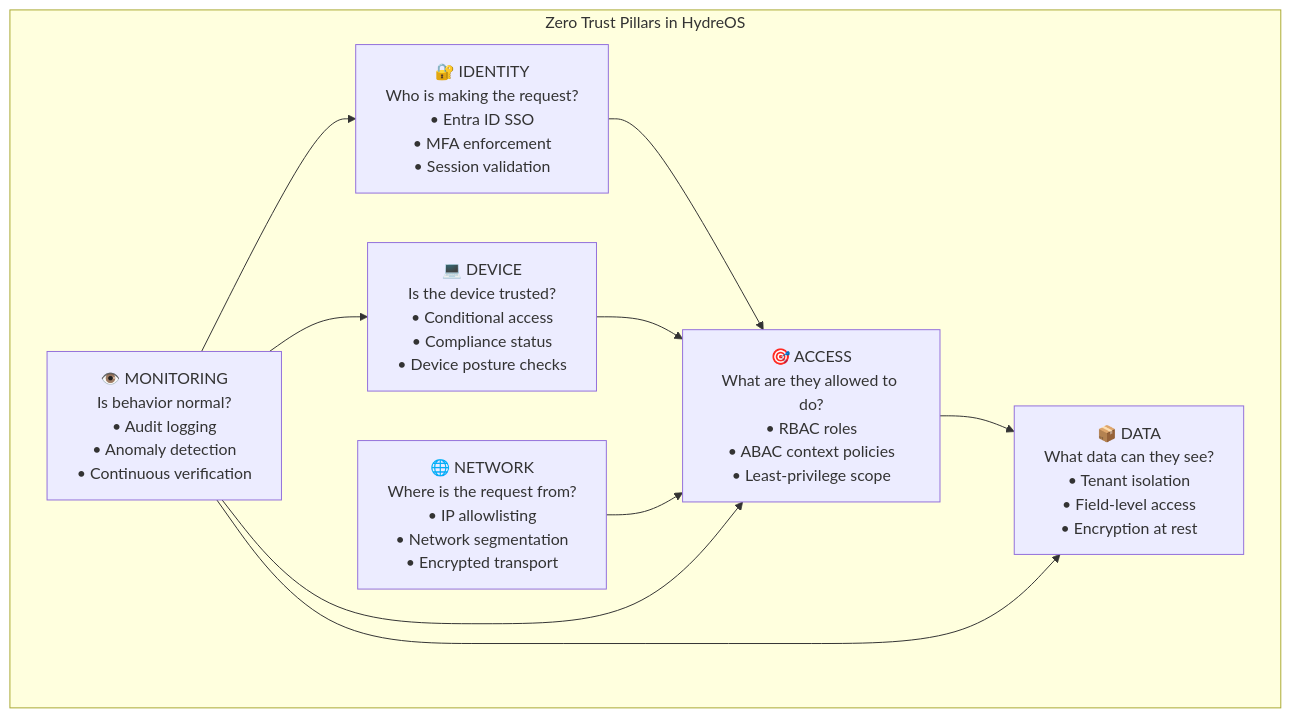
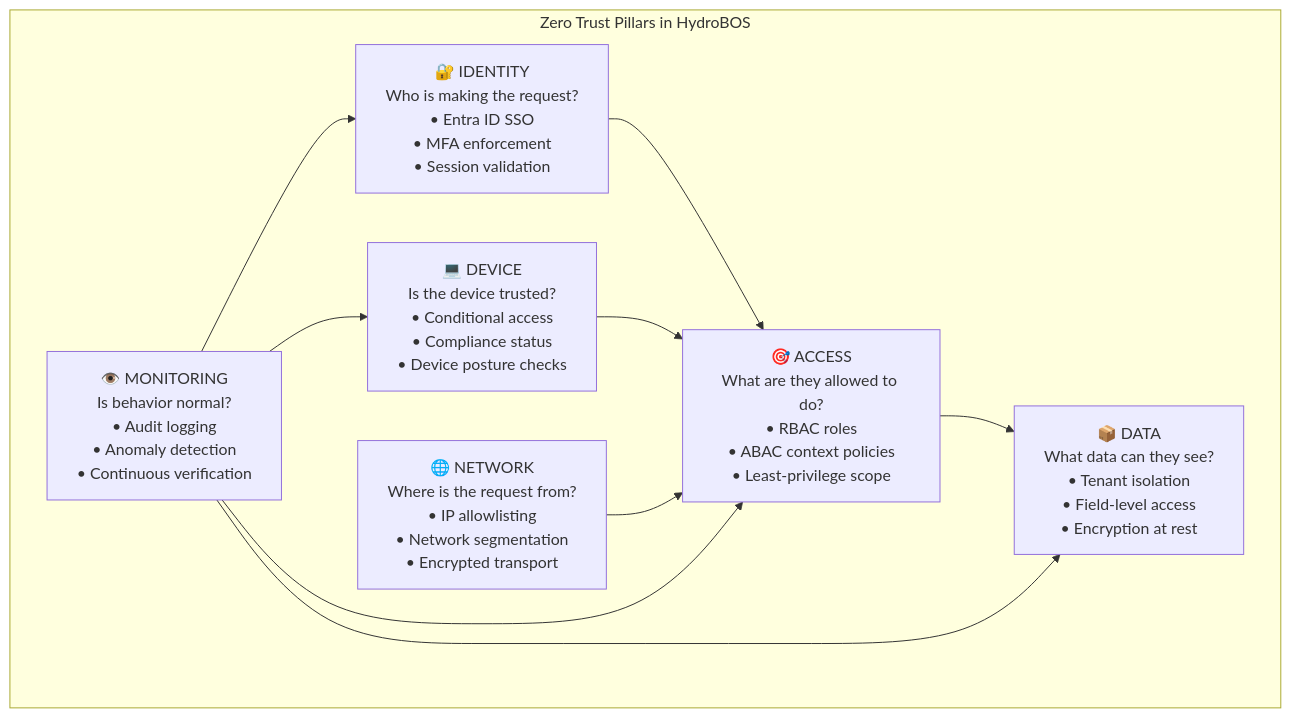
The first of 8 diagrams in docs/05-security-model.md (jrobinson-utahmmc/hydrobos), drawn with Mermaid before and after one commit. The commit also changed other lines of this file and 11 other files, not shown here.

````diff
--- a/docs/05-security-model.md
+++ b/docs/05-security-model.md
@@ -7,20 +7,20 @@
 ```mermaid
 graph TB
-    subgraph "Zero Trust Pillars in HydreOS"
+    subgraph "Zero Trust Pillars in HydroBOS"
         ID["🔐 IDENTITY<br/>Who is making the request?<br/>• Entra ID SSO<br/>• MFA enforcement<br/>• Session validation"]
         DEV["💻 DEVICE<br/>Is the device trusted?<br/>• Conditional access<br/>• Compliance status<br/>• Device posture checks"]
         ACC["🎯 ACCESS<br/>What are they allowed to do?<br/>• RBAC roles<br/>• ABAC context policies<br/>• Least-privilege scope"]
         NET["🌐 NETWORK<br/>Where is the request from?<br/>• IP allowlisting<br/>• Network segmentation<br/>• Encrypted transport"]
         DATA["📦 DATA<br/>What data can they see?<br/>• Tenant isolation<br/>• Field-level access<br/>• Encryption at rest"]
         MON["👁️ MONITORING<br/>Is behavior normal?<br/>• Audit logging<br/>• Anomaly detection<br/>• Continuous verification"]
     end
 
     ID --> ACC
     DEV --> ACC
     ACC --> DATA
     NET --> ACC
     MON --> ID
     MON --> DEV
     MON --> ACC
     MON --> DATA
 ```
````
